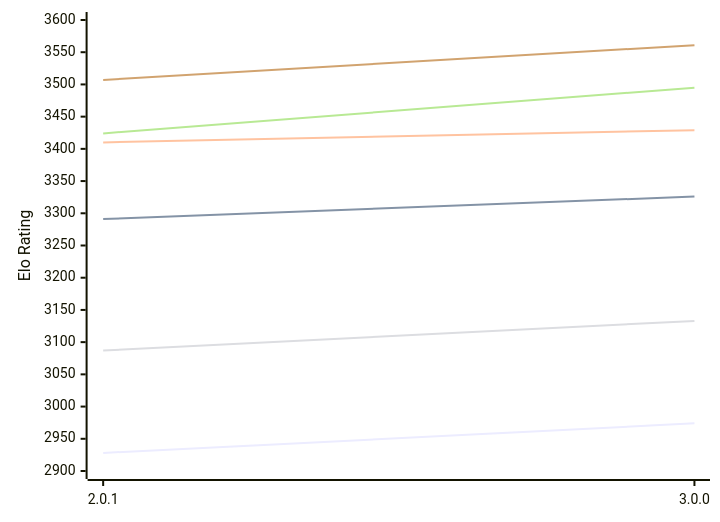
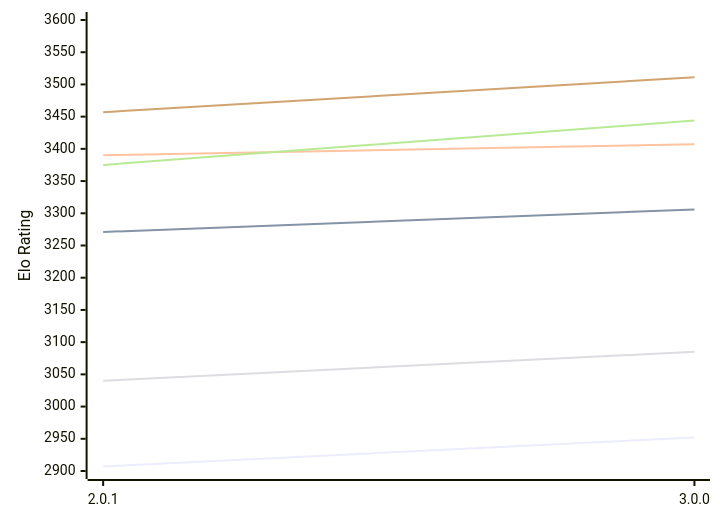
Before and after one commit to computer-chess-index/cci: the first of 2 diagrams in engines/Grail.md, drawn with Mermaid. The commit also changed other lines of this file, not shown here.

Commit message:
Update CCI Ratings (ELO VLTC) - 2026-11-08

````diff
--- a/engines/Grail.md
+++ b/engines/Grail.md
@@ -56,12 +56,12 @@
 ```mermaid
 %%{init: {"theme":"base","themeVariables":{"seriesColors:['#a3a3a3','#222221','#faa371']}}}%%
 xychart-beta
   x-axis ["2.0.1", "3.0.0"]
   y-axis "Elo Rating" 2900 --> 3600
-  line "E1: STC (8.0+0.08s)" [2928, 2974]
-  line "E1: LTC (60.0+0.60s)" [3291, 3326]
-  line "E1: VLTC (2m24s+1.12s)" [3410, 3429]
-  line "P1: STC (8.0+0.08s)" [3087, 3133]
-  line "P1: LTC (60.0+0.60s)" [3424, 3495]
-  line "P1: VLTC (2m24s+1.12s)" [3507, 3561]
+  line "E1: STC (8.0+0.08s)" [2907, 2952]
+  line "E1: LTC (60.0+0.60s)" [3271, 3306]
+  line "E1: VLTC (2m24s+1.12s)" [3390, 3407]
+  line "P1: STC (8.0+0.08s)" [3040, 3085]
+  line "P1: LTC (60.0+0.60s)" [3375, 3444]
+  line "P1: VLTC (2m24s+1.12s)" [3457, 3511]
 ```
````
